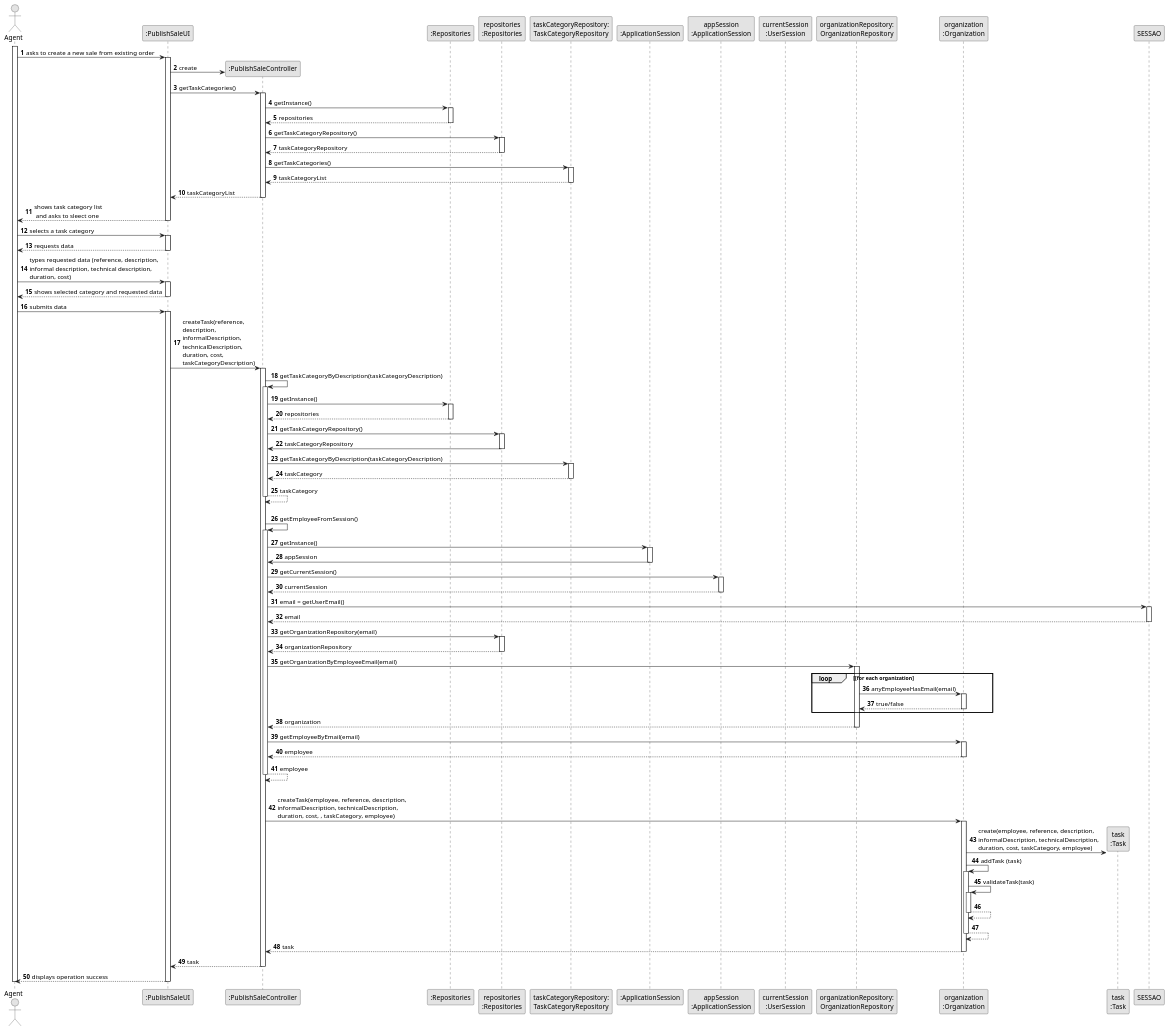
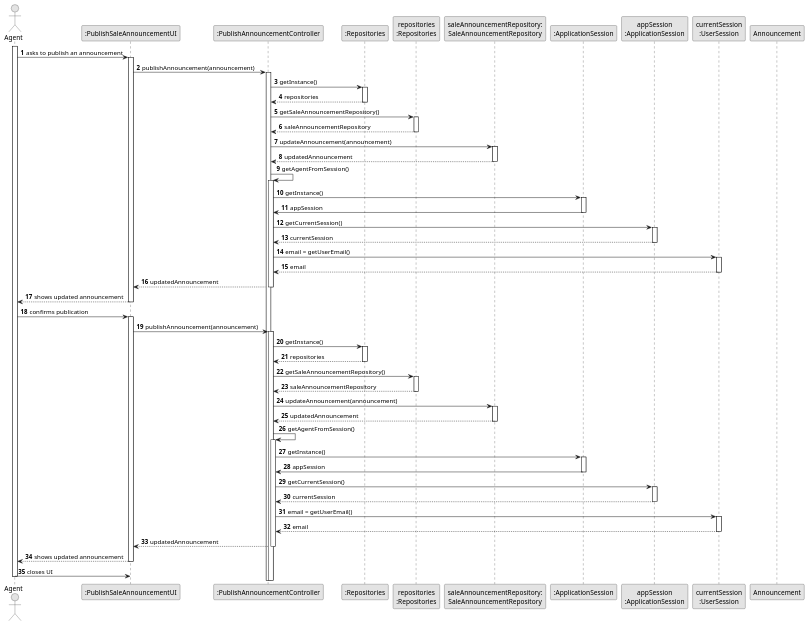
Before and after one commit to Goncalves2525/real-estate-management-system: the diagram in docs/sprintB/us002/03.design/puml/us002-sequence-diagram-full.puml, drawn with PlantUML. The commit also changed 54 other files, not shown here.

Commit message:
Ran svg script; deleted unneeded files; added PublishAnnouncementUI

```diff
--- a/docs/sprintB/us002/03.design/puml/us002-sequence-diagram-full.puml
+++ b/docs/sprintB/us002/03.design/puml/us002-sequence-diagram-full.puml
@@ -1,180 +1,128 @@
 @startuml
 skinparam monochrome true
 skinparam packageStyle rectangle
 skinparam shadowing false
 
 autonumber
 
 'hide footbox
-actor "Agent" as AGT
-participant ":PublishSaleUI" as UI
-participant ":PublishSaleController" as CTRL
+actor "Agent" as AGENT
+participant ":PublishSaleAnnouncementUI" as UI
+participant ":PublishAnnouncementController" as CTRL
 participant ":Repositories" as RepositorySingleton
-participant "repositories\n:Repositories" as PLAT
-participant "taskCategoryRepository:\nTaskCategoryRepository" as TaskCategoryRepository
+participant "repositories\n:Repositories" as REPO
+participant "saleAnnouncementRepository:\nSaleAnnouncementRepository" as SaleAnnouncementRepository
 participant ":ApplicationSession" as _APP
 participant "appSession\n:ApplicationSession" as APP
 participant "currentSession\n:UserSession" as SESSION
-participant "organizationRepository:\nOrganizationRepository" as OrganizationRepository
-participant "organization\n:Organization" as ORG
-participant "task\n:Task" as TAREFA
+participant "Announcement" as ANN
 
-activate AGT
+activate AGENT
 
-        AGT -> UI : asks to create a new sale from existing order
+AGENT -> UI : asks to publish an announcement
 
-        activate UI
+activate UI
 
-'            UI --> ADM : requests data (reference, description,  informal \n description, technical description, duration, cost)
-            'create CTRL
-            UI -> CTRL** : create
+    UI -> CTRL : publishAnnouncement(announcement)
+    activate CTRL
 
-            UI -> CTRL : getTaskCategories()
-            activate CTRL
+        CTRL -> RepositorySingleton : getInstance()
+        activate RepositorySingleton
 
-                CTRL -> RepositorySingleton : getInstance()
-                activate RepositorySingleton
+            RepositorySingleton --> CTRL: repositories
+        deactivate RepositorySingleton
 
-                    RepositorySingleton --> CTRL: repositories
-                deactivate RepositorySingleton
+        CTRL -> REPO : getSaleAnnouncementRepository()
+        activate REPO
 
-                CTRL -> PLAT : getTaskCategoryRepository()
-                activate PLAT
+            REPO --> CTRL: saleAnnouncementRepository
+        deactivate REPO
 
-                    PLAT --> CTRL: taskCategoryRepository
-                deactivate PLAT
+        CTRL -> SaleAnnouncementRepository : updateAnnouncement(announcement)
+        activate SaleAnnouncementRepository
 
-                CTRL -> TaskCategoryRepository : getTaskCategories()
-                activate TaskCategoryRepository
+            SaleAnnouncementRepository --> CTRL : updatedAnnouncement
+        deactivate SaleAnnouncementRepository
 
-                    TaskCategoryRepository --> CTRL : taskCategoryList
-                deactivate TaskCategoryRepository
-
-                CTRL --> UI : taskCategoryList
-            deactivate CTRL
-
-            UI --> AGT : shows task category list\n and asks to sleect one
-        deactivate UI
-
-    AGT -> UI : selects a task category
-    activate UI
-
-        UI --> AGT : requests data
-    deactivate UI
-
-    AGT -> UI : types requested data (reference, description, \ninformal description, technical description,\nduration, cost)
-    activate UI
-
-        UI --> AGT : shows selected category and requested data
-    deactivate UI
-
-    AGT -> UI : submits data
-    activate UI
-
-        UI -> CTRL : createTask(reference,\ndescription,\ninformalDescription,\ntechnicalDescription,\nduration, cost,\ntaskCategoryDescription)
+        CTRL -> CTRL : getAgentFromSession()
         activate CTRL
 
-            CTRL -> CTRL : getTaskCategoryByDescription(taskCategoryDescription)
-            activate CTRL
+            CTRL -> _APP: getInstance()
+            activate _APP
+                _APP -> CTRL: appSession
+            deactivate _APP
 
-                CTRL -> RepositorySingleton : getInstance()
-                activate RepositorySingleton
+            CTRL -> APP: getCurrentSession()
+            activate APP
 
-                    RepositorySingleton --> CTRL: repositories
-                deactivate RepositorySingleton
+                APP --> CTRL: currentSession
+            deactivate APP
 
-                CTRL -> PLAT : getTaskCategoryRepository()
-                activate PLAT
+            CTRL -> SESSION: email = getUserEmail()
+            activate SESSION
 
-                    PLAT -> CTRL : taskCategoryRepository
-                deactivate PLAT
+                SESSION --> CTRL: email
+            deactivate SESSION
 
-                CTRL -> TaskCategoryRepository : getTaskCategoryByDescription(taskCategoryDescription)
-                activate TaskCategoryRepository
+        CTRL --> UI : updatedAnnouncement
 
-                    TaskCategoryRepository --> CTRL : taskCategory
-                deactivate TaskCategoryRepository
-                    CTRL --> CTRL : taskCategory
-            deactivate CTRL
+    deactivate CTRL
 
-            |||
-            CTRL -> CTRL : getEmployeeFromSession()
-            activate CTRL
+    UI --> AGENT : shows updated announcement
+deactivate UI
 
-                CTRL -> _APP: getInstance()
-                activate _APP
-                    _APP -> CTRL: appSession
-                deactivate _APP
+AGENT -> UI : confirms publication
+activate UI
 
+    UI -> CTRL : publishAnnouncement(announcement)
+    activate CTRL
 
-                CTRL -> APP: getCurrentSession()
-                activate APP
+        CTRL -> RepositorySingleton : getInstance()
+        activate RepositorySingleton
 
-                    APP --> CTRL: currentSession
-                deactivate APP
+            RepositorySingleton --> CTRL: repositories
+        deactivate RepositorySingleton
 
-                CTRL -> SESSAO: email = getUserEmail()
-                activate SESSAO
+        CTRL -> REPO : getSaleAnnouncementRepository()
+        activate REPO
 
-                    SESSAO --> CTRL: email
-                deactivate SESSAO
+            REPO --> CTRL: saleAnnouncementRepository
+        deactivate REPO
 
+        CTRL -> SaleAnnouncementRepository : updateAnnouncement(announcement)
+        activate SaleAnnouncementRepository
 
-                CTRL -> PLAT: getOrganizationRepository(email)
-                activate PLAT
+            SaleAnnouncementRepository --> CTRL : updatedAnnouncement
+        deactivate SaleAnnouncementRepository
 
-                    PLAT --> CTRL: organizationRepository
-                deactivate PLAT
+        CTRL -> CTRL : getAgentFromSession()
+        activate CTRL
 
+            CTRL -> _APP: getInstance()
+            activate _APP
+                _APP -> CTRL: appSession
+            deactivate _APP
 
-                CTRL -> OrganizationRepository: getOrganizationByEmployeeEmail(email)
-                activate OrganizationRepository
+            CTRL -> APP: getCurrentSession()
+            activate APP
 
-                    loop [for each organization
-                        OrganizationRepository -> ORG : anyEmployeeHasEmail(email)
-                        activate ORG
+                APP --> CTRL: currentSession
+            deactivate APP
 
-                             ORG --> OrganizationRepository : true/false
-                        deactivate ORG
-                    end
-                    OrganizationRepository --> CTRL : organization
-                deactivate OrganizationRepository
+            CTRL -> SESSION: email = getUserEmail()
+            activate SESSION
 
-                CTRL -> ORG: getEmployeeByEmail(email)
-                activate ORG
+                SESSION --> CTRL: email
+            deactivate SESSION
 
-                    ORG --> CTRL : employee
-                deactivate ORG
+        CTRL --> UI : updatedAnnouncement
 
-                CTRL --> CTRL : employee
-            deactivate CTRL
+    deactivate CTRL
 
-            |||
-            CTRL -> ORG: createTask(employee, reference, description,\ninformalDescription, technicalDescription,\nduration, cost, , taskCategory, employee)
-            activate ORG
+    UI --> AGENT : shows updated announcement
+deactivate UI
 
-                ORG -> TAREFA**: create(employee, reference, description,\ninformalDescription, technicalDescription,\nduration, cost, taskCategory, employee)
-                ORG -> ORG: addTask (task)
-
-
-                activate ORG
-                    ORG -> ORG: validateTask(task)
-                    activate ORG
-                        ORG --> ORG
-                    deactivate ORG
-
-                    ORG --> ORG
-                deactivate ORG
-
-                ORG --> CTRL : task
-
-            deactivate ORG
-
-            CTRL --> UI: task
-            deactivate CTRL
-            UI --> AGT: displays operation success
-    deactivate UI
-
-deactivate AGT
-
+AGENT -> UI : closes UI
+deactivate AGENT
+deactivate UI
 @enduml
```
